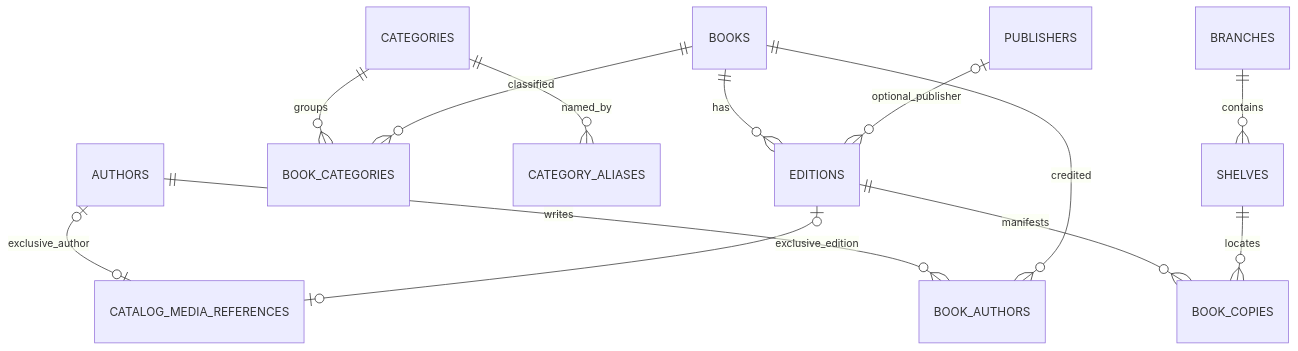
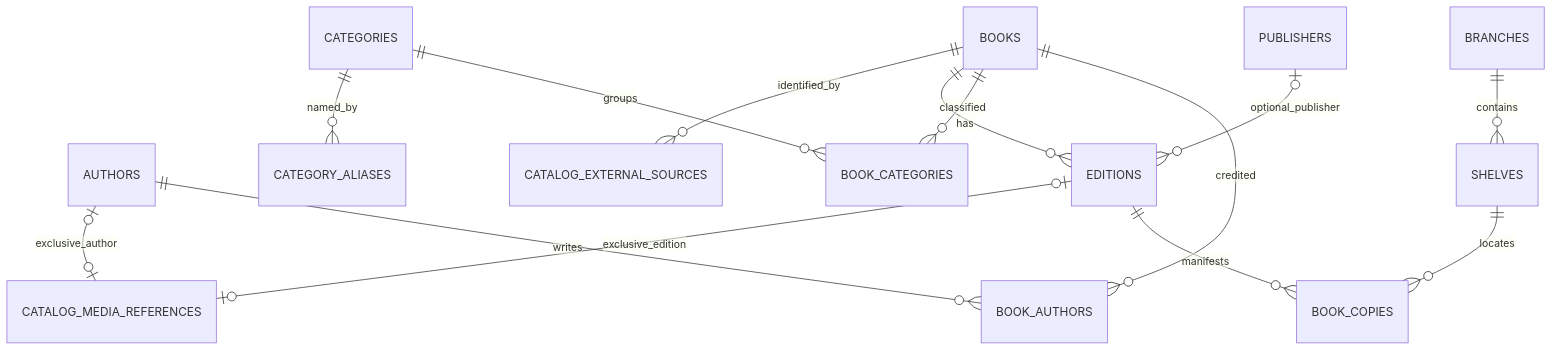
One commit to Shuuma4869/He-thong-quan-ly-va-khai-thac-thu-vien changed the third of 6 diagrams in tai-lieu/03-du-lieu/erd.md. Above: the diagram before and after it, drawn with Mermaid. The commit also changed other lines of this file and 18 other files, not shown here.

````diff
--- a/tai-lieu/03-du-lieu/erd.md
+++ b/tai-lieu/03-du-lieu/erd.md
@@ -52,15 +52,16 @@
 ```mermaid
 erDiagram
   AUTHORS ||--o{ BOOK_AUTHORS : writes
   BOOKS ||--o{ BOOK_AUTHORS : credited
   CATEGORIES ||--o{ BOOK_CATEGORIES : groups
   CATEGORIES ||--o{ CATEGORY_ALIASES : named_by
   BOOKS ||--o{ BOOK_CATEGORIES : classified
   BOOKS ||--o{ EDITIONS : has
+  BOOKS ||--o{ CATALOG_EXTERNAL_SOURCES : identified_by
   PUBLISHERS |o--o{ EDITIONS : optional_publisher
   EDITIONS ||--o{ BOOK_COPIES : manifests
   BRANCHES ||--o{ SHELVES : contains
   SHELVES ||--o{ BOOK_COPIES : locates
   AUTHORS |o--o| CATALOG_MEDIA_REFERENCES : exclusive_author
   EDITIONS |o--o| CATALOG_MEDIA_REFERENCES : exclusive_edition
 ```
````
